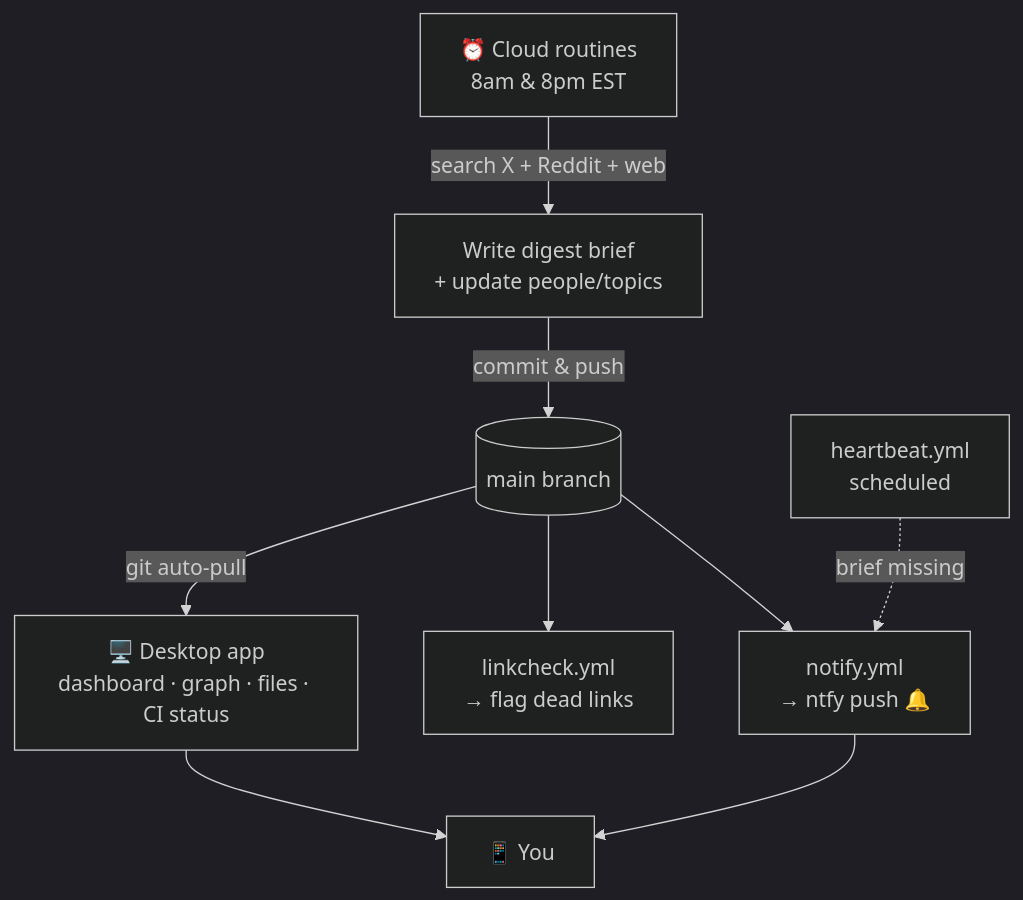
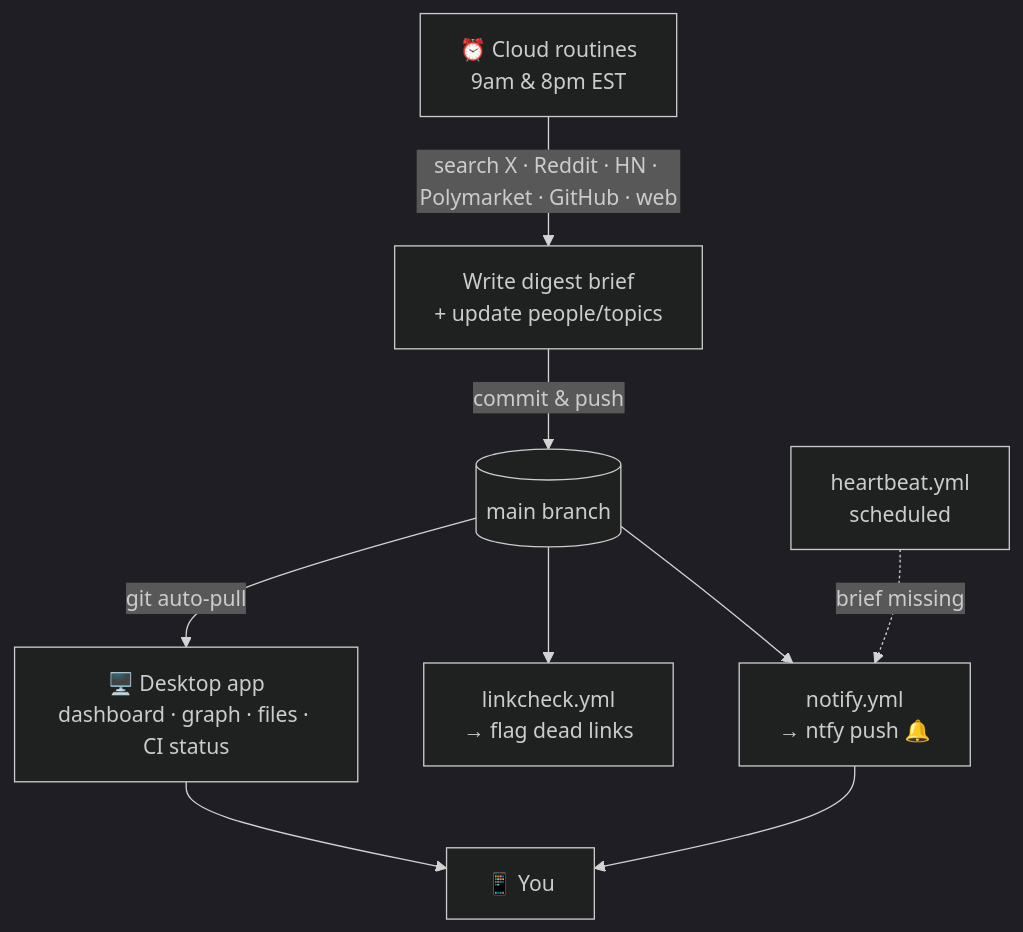
Before and after one commit to krish-shahh/ai-intel: the diagram in README.md, drawn with Mermaid (dark theme). The commit also changed other lines of this file, not shown here.

````diff
--- a/README.md
+++ b/README.md
@@ -11,11 +11,11 @@
 ```mermaid
 flowchart TD
-    R["⏰ Cloud routines<br/>8am &amp; 8pm EST"] -->|search X + Reddit + web| W["Write digest brief<br/>+ update people/topics"]
+    R["⏰ Cloud routines<br/>9am &amp; 8pm EST"] -->|search X · Reddit · HN · Polymarket · GitHub · web| W["Write digest brief<br/>+ update people/topics"]
     W -->|commit &amp; push| M[("main branch")]
     M --> N["notify.yml<br/>→ ntfy push 🔔"]
     M --> L["linkcheck.yml<br/>→ flag dead links"]
     H["heartbeat.yml<br/>scheduled"] -.->|brief missing| N
     M -->|git auto-pull| A["🖥️ Desktop app<br/>dashboard · graph · files · CI status"]
     N --> U["📱 You"]
     A --> U
 ```
````
